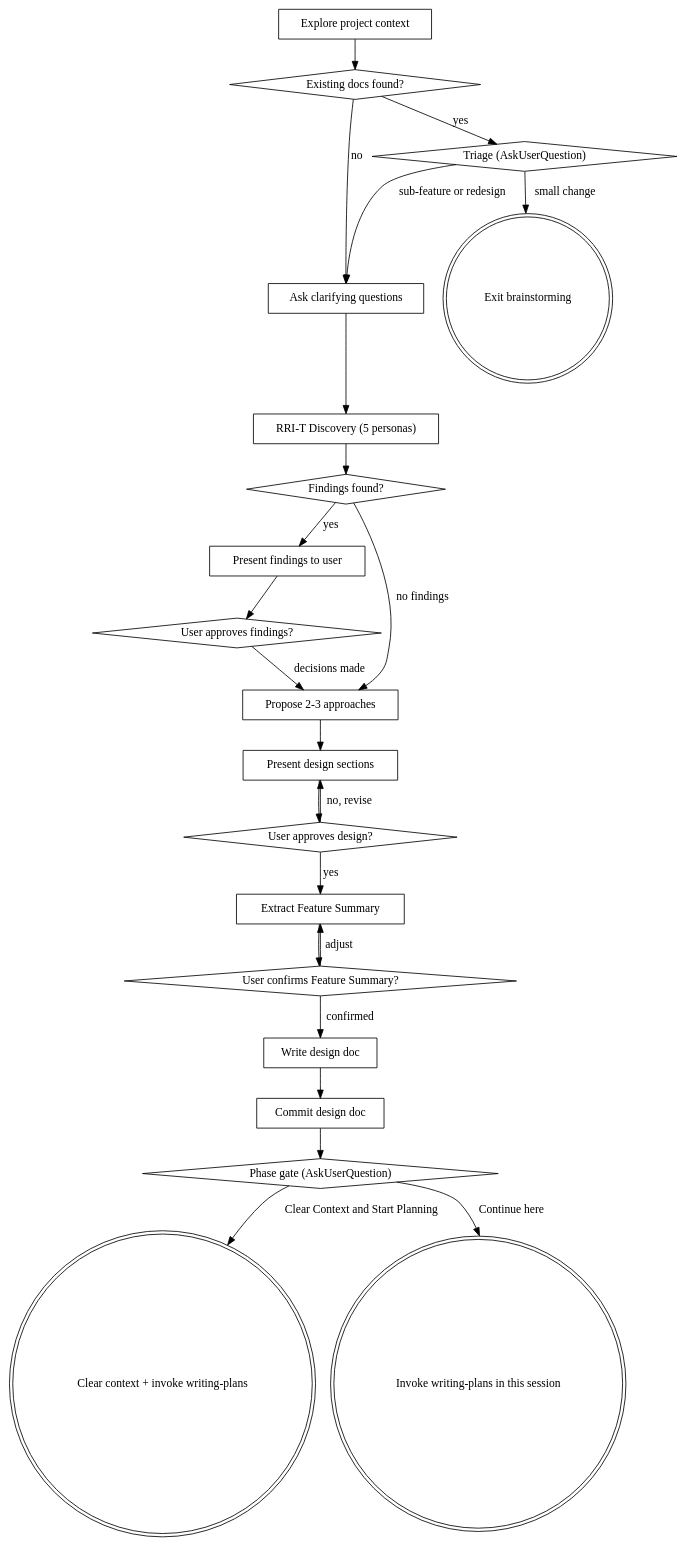
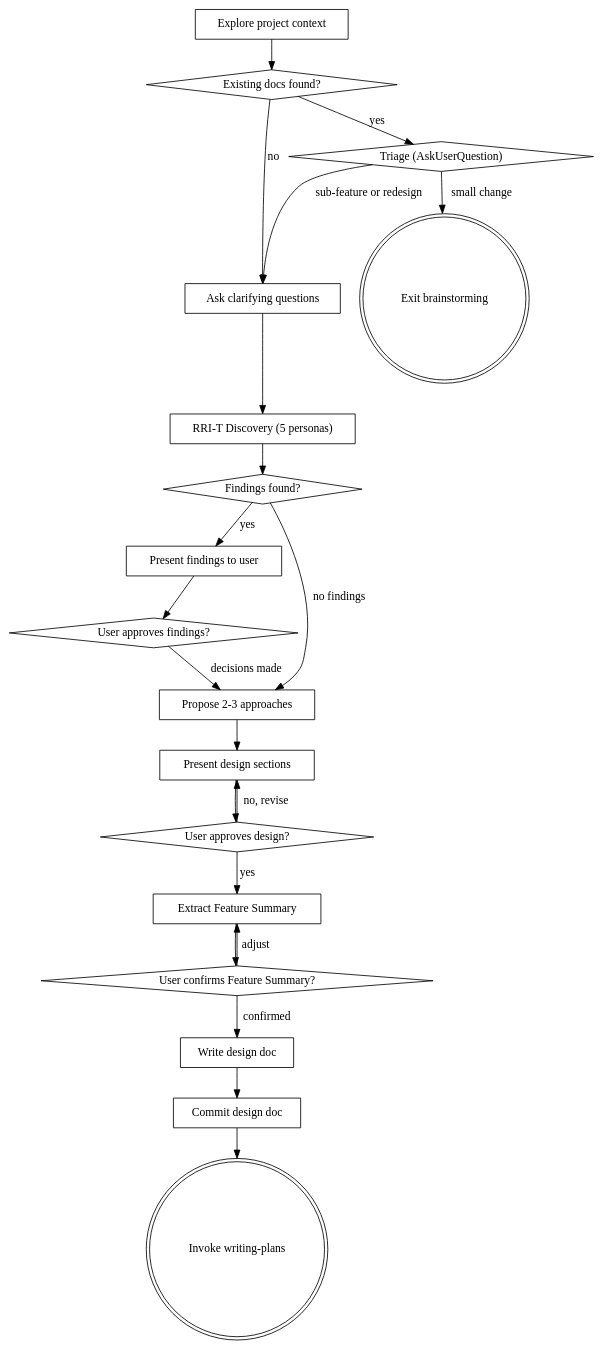
One commit to khangle95/superpowers-fork changed the diagram in skills/brainstorming/SKILL.md. Above: the diagram before and after it, drawn with Graphviz. The commit also changed other lines of this file and 1 other file, not shown here.

First line of the commit message:
fix: remove /clear auto-invocation from phase gates

````diff
--- a/skills/brainstorming/SKILL.md
+++ b/skills/brainstorming/SKILL.md
@@ -42,46 +42,42 @@
 ```dot
 digraph brainstorming {
     "Explore project context" [shape=box];
     "Ask clarifying questions" [shape=box];
     "RRI-T Discovery (5 personas)" [shape=box];
     "Findings found?" [shape=diamond];
     "Present findings to user" [shape=box];
     "User approves findings?" [shape=diamond];
     "Propose 2-3 approaches" [shape=box];
     "Present design sections" [shape=box];
     "User approves design?" [shape=diamond];
     "Write design doc" [shape=box];
     "Commit design doc" [shape=box];
-    "Phase gate (AskUserQuestion)" [shape=diamond];
-    "Clear context + invoke writing-plans" [shape=doublecircle];
-    "Invoke writing-plans in this session" [shape=doublecircle];
+    "Invoke writing-plans" [shape=doublecircle];
     "Existing docs found?" [shape=diamond];
     "Triage (AskUserQuestion)" [shape=diamond];
     "Exit brainstorming" [shape=doublecircle];
     "Extract Feature Summary" [shape=box];
     "User confirms Feature Summary?" [shape=diamond];
 
     "Explore project context" -> "Existing docs found?" ;
     "Existing docs found?" -> "Triage (AskUserQuestion)" [label="yes"];
     "Existing docs found?" -> "Ask clarifying questions" [label="no"];
     "Triage (AskUserQuestion)" -> "Exit brainstorming" [label="small change"];
     "Triage (AskUserQuestion)" -> "Ask clarifying questions" [label="sub-feature or redesign"];
     "Ask clarifying questions" -> "RRI-T Discovery (5 personas)";
     "RRI-T Discovery (5 personas)" -> "Findings found?";
     "Findings found?" -> "Present findings to user" [label="yes"];
     "Findings found?" -> "Propose 2-3 approaches" [label="no findings"];
     "Present findings to user" -> "User approves findings?";
     "User approves findings?" -> "Propose 2-3 approaches" [label="decisions made"];
     "Propose 2-3 approaches" -> "Present design sections";
     "Present design sections" -> "User approves design?";
     "User approves design?" -> "Present design sections" [label="no, revise"];
     "User approves design?" -> "Extract Feature Summary" [label="yes"];
     "Extract Feature Summary" -> "User confirms Feature Summary?";
     "User confirms Feature Summary?" -> "Extract Feature Summary" [label="adjust"];
     "User confirms Feature Summary?" -> "Write design doc" [label="confirmed"];
     "Write design doc" -> "Commit design doc";
-    "Commit design doc" -> "Phase gate (AskUserQuestion)";
-    "Phase gate (AskUserQuestion)" -> "Clear context + invoke writing-plans" [label="Clear Context and Start Planning"];
-    "Phase gate (AskUserQuestion)" -> "Invoke writing-plans in this session" [label="Continue here"];
+    "Commit design doc" -> "Invoke writing-plans";
 }
 ```
````
